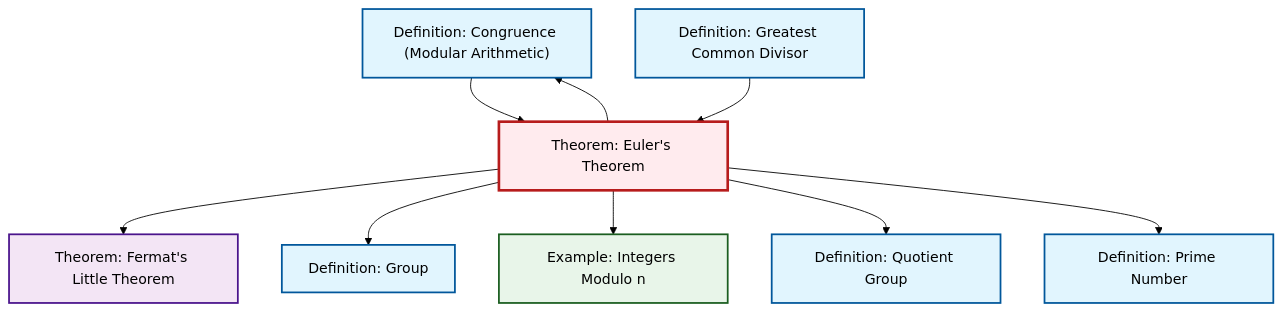
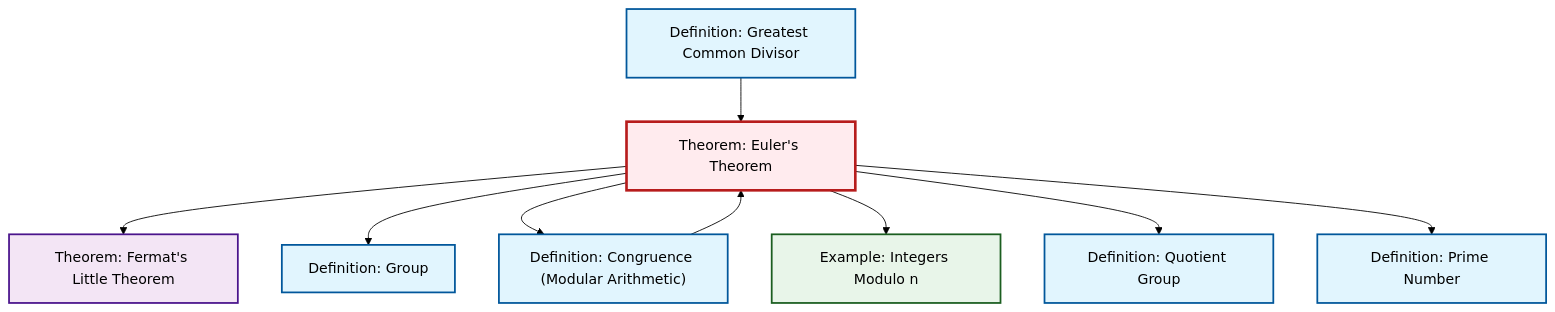
The diagram in content/en/number-theory/thm-euler.qmd (RK0429/ModernMath), drawn with Mermaid (forest theme) before and after one commit. The commit also changed other lines of this file and 634 other files, not shown here.

First line of the commit message:
feat: Add prime ideal definition with comprehensive cross-references

````diff
--- a/content/en/number-theory/thm-euler.qmd
+++ b/content/en/number-theory/thm-euler.qmd
@@ -53,33 +53,33 @@
 ```{mermaid}
 %%| fig-cap: "Local dependency graph"
 graph TD
     classDef definition fill:#e1f5fe,stroke:#01579b,stroke-width:2px
     classDef theorem fill:#f3e5f5,stroke:#4a148c,stroke-width:2px
     classDef axiom fill:#fff3e0,stroke:#e65100,stroke-width:2px
     classDef example fill:#e8f5e9,stroke:#1b5e20,stroke-width:2px
     classDef current fill:#ffebee,stroke:#b71c1c,stroke-width:3px
-    def-congruence["Definition: Congruence (Modular Arithmetic)"]:::definition
+    def-group["Definition: Group"]:::definition
     def-gcd["Definition: Greatest Common Divisor"]:::definition
-    def-prime["Definition: Prime Number"]:::definition
-    def-group["Definition: Group"]:::definition
-    def-quotient-group["Definition: Quotient Group"]:::definition
-    ex-quotient-integers-mod-n["Example: Integers Modulo n"]:::example
     thm-euler["Theorem: Euler's Theorem"]:::theorem
     thm-fermat-little["Theorem: Fermat's Little Theorem"]:::theorem
+    def-quotient-group["Definition: Quotient Group"]:::definition
+    def-congruence["Definition: Congruence (Modular Arithmetic)"]:::definition
+    ex-quotient-integers-mod-n["Example: Integers Modulo n"]:::example
+    def-prime["Definition: Prime Number"]:::definition
     thm-euler --> thm-fermat-little
-    def-congruence --> thm-euler
     thm-euler --> def-group
+    thm-euler --> def-congruence
     thm-euler --> ex-quotient-integers-mod-n
-    thm-euler --> def-congruence
+    def-gcd --> thm-euler
     thm-euler --> def-quotient-group
     thm-euler --> def-prime
-    def-gcd --> thm-euler
+    def-congruence --> thm-euler
     class thm-euler current
+    click def-group "def-group.html" "Go to Group definition"
+    click def-gcd "def-gcd.html" "Go to Greatest Common Divisor definition"
+    click thm-fermat-little "thm-fermat-little.html" "Go to Fermat's Little Theorem theorem"
+    click def-quotient-group "def-quotient-group.html" "Go to Quotient Group definition"
     click def-congruence "def-congruence.html" "Go to Congruence (Modular Arithmetic) definition"
-    click def-gcd "def-gcd.html" "Go to Greatest Common Divisor definition"
+    click ex-quotient-integers-mod-n "ex-quotient-integers-mod-n.html" "Go to Integers Modulo n example"
     click def-prime "def-prime.html" "Go to Prime Number definition"
-    click def-group "def-group.html" "Go to Group definition"
-    click def-quotient-group "def-quotient-group.html" "Go to Quotient Group definition"
-    click ex-quotient-integers-mod-n "ex-quotient-integers-mod-n.html" "Go to Integers Modulo n example"
-    click thm-fermat-little "thm-fermat-little.html" "Go to Fermat's Little Theorem theorem"
 ```
````
